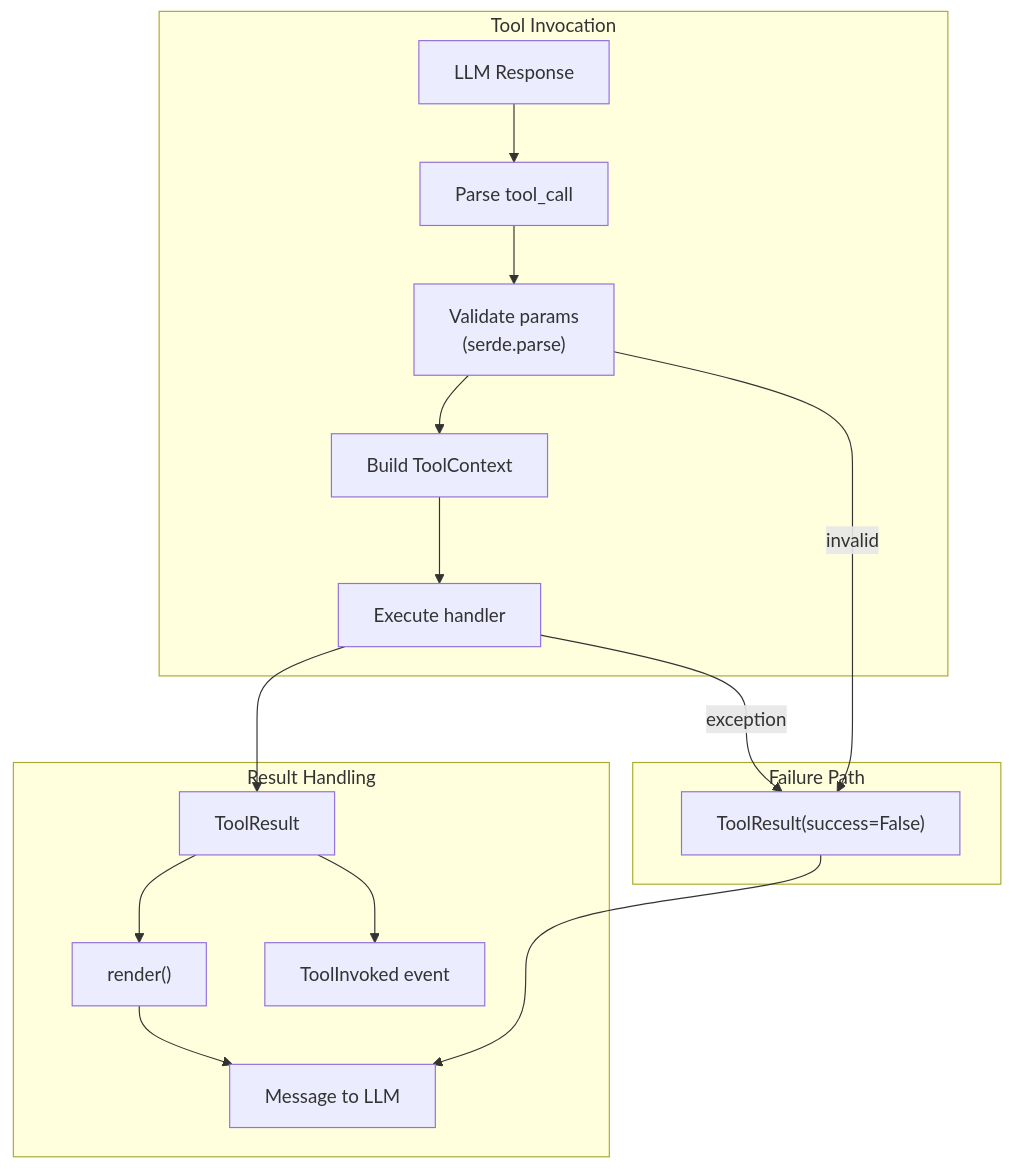
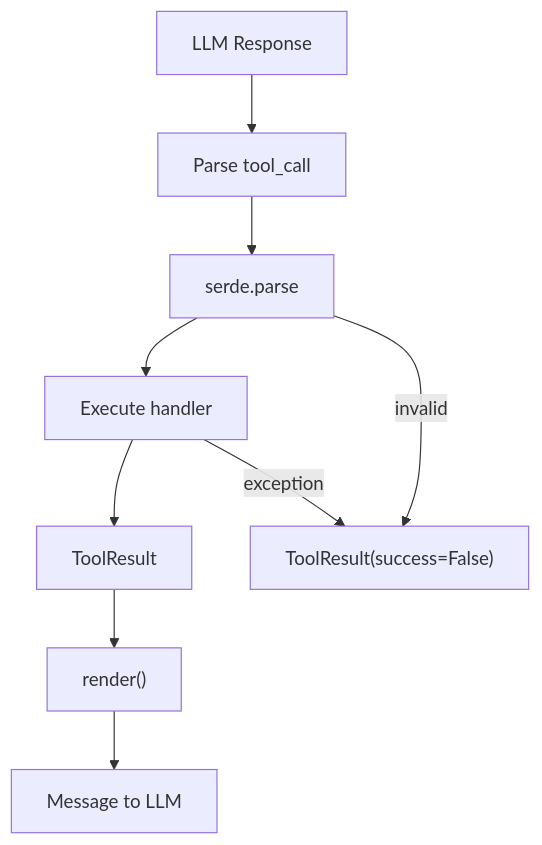
Before and after one commit to weakincentives/weakincentives: the diagram in specs/TOOLS.md, drawn with Mermaid. The commit also changed other lines of this file and 34 other files, not shown here.

````diff
--- a/specs/TOOLS.md
+++ b/specs/TOOLS.md
@@ -21,22 +15,11 @@
 ```mermaid
 flowchart TB
-    subgraph Invocation["Tool Invocation"]
-        LLM["LLM Response"] --> Parse["Parse tool_call"]
-        Parse --> Validate["Validate params<br/>(serde.parse)"]
-        Validate --> BuildCtx["Build ToolContext"]
-        BuildCtx --> Handler["Execute handler"]
-    end
-
-    subgraph Result["Result Handling"]
-        Handler --> ToolResult["ToolResult"]
-        ToolResult --> Render["render()"]
-        Render --> Message["Message to LLM"]
-        ToolResult --> Event["ToolInvoked event"]
-    end
-
-    subgraph Failure["Failure Path"]
-        Validate -->|invalid| ErrorResult["ToolResult(success=False)"]
-        Handler -->|exception| ErrorResult
-        ErrorResult --> Message
-    end
+    LLM["LLM Response"] --> Parse["Parse tool_call"]
+    Parse --> Validate["serde.parse"]
+    Validate --> Handler["Execute handler"]
+    Handler --> Result["ToolResult"]
+    Result --> Render["render()"]
+    Render --> Message["Message to LLM"]
+    Validate -->|invalid| Error["ToolResult(success=False)"]
+    Handler -->|exception| Error
 ```
````
